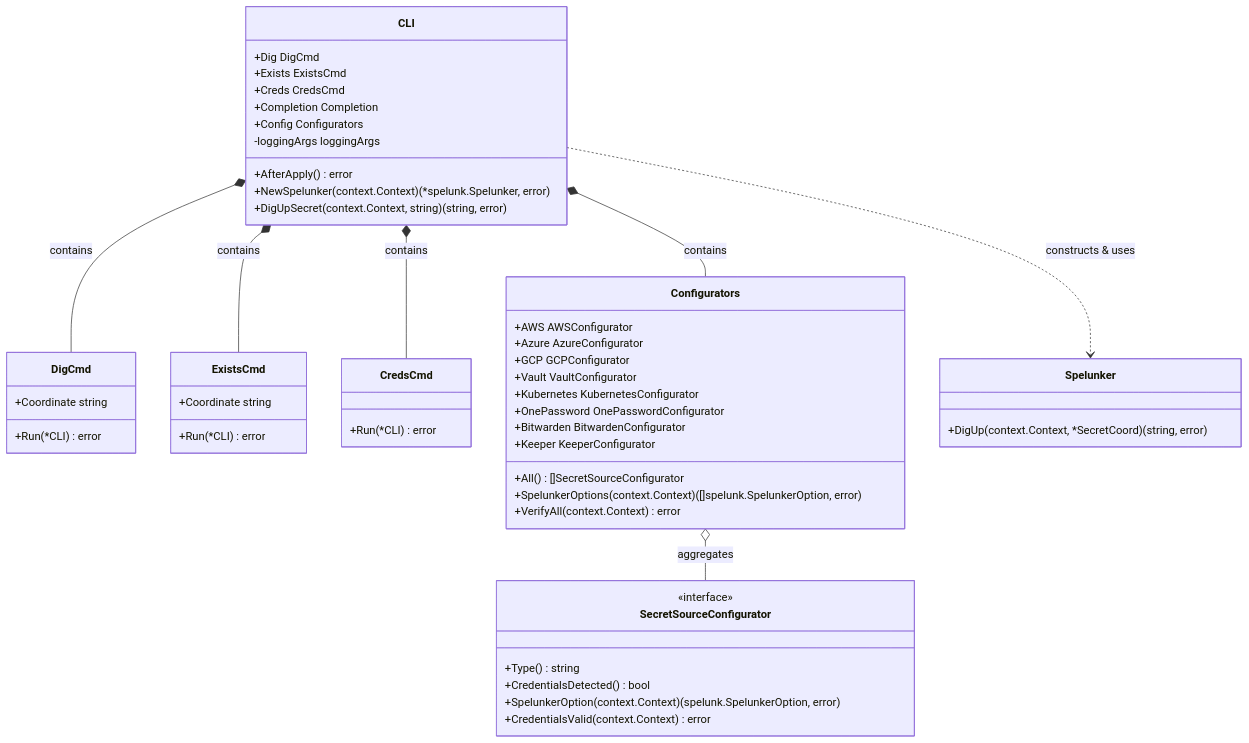
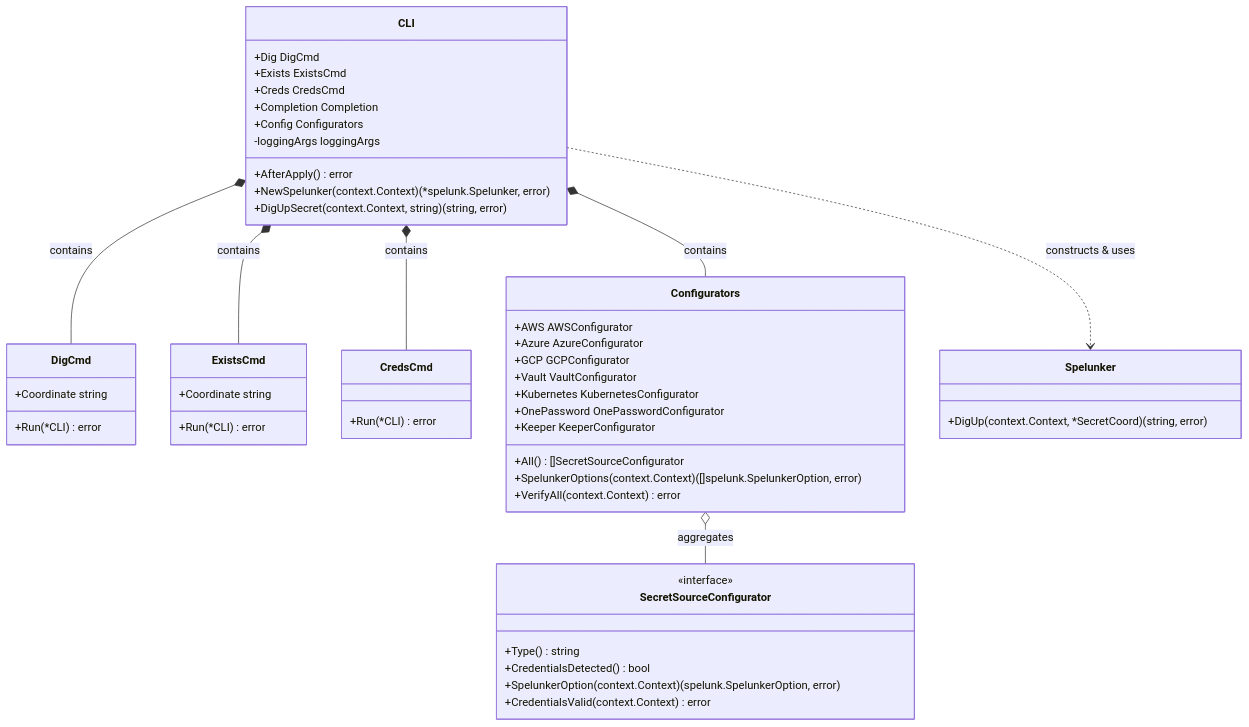
One commit to detro/spelunk changed the first of 2 diagrams in cmd/spelunk/ARCHITECTURE.md. Above: the diagram before and after it, drawn with Mermaid. The commit also changed 12 other files, not shown here.

````diff
--- a/cmd/spelunk/ARCHITECTURE.md
+++ b/cmd/spelunk/ARCHITECTURE.md
@@ -21,61 +21,60 @@
 ```mermaid
 classDiagram
     class CLI {
         +Dig DigCmd
         +Exists ExistsCmd
         +Creds CredsCmd
         +Completion Completion
         +Config Configurators
         -loggingArgs loggingArgs
         +AfterApply() error
         +NewSpelunker(context.Context) (*spelunk.Spelunker, error)
         +DigUpSecret(context.Context, string) (string, error)
     }
 
     class DigCmd {
         +Coordinate string
         +Run(*CLI) error
     }
 
     class ExistsCmd {
         +Coordinate string
         +Run(*CLI) error
     }
 
     class CredsCmd {
         +Run(*CLI) error
     }
 
     class Configurators {
         +AWS AWSConfigurator
         +Azure AzureConfigurator
         +GCP GCPConfigurator
         +Vault VaultConfigurator
         +Kubernetes KubernetesConfigurator
         +OnePassword OnePasswordConfigurator
-        +Bitwarden BitwardenConfigurator
         +Keeper KeeperConfigurator
         +All() []SecretSourceConfigurator
         +SpelunkerOptions(context.Context) ([]spelunk.SpelunkerOption, error)
         +VerifyAll(context.Context) error
     }
 
     class SecretSourceConfigurator {
         <<interface>>
         +Type() string
         +CredentialsDetected() bool
         +SpelunkerOption(context.Context) (spelunk.SpelunkerOption, error)
         +CredentialsValid(context.Context) error
     }
 
     class Spelunker {
         +DigUp(context.Context, *SecretCoord) (string, error)
     }
 
     CLI *-- DigCmd : contains
     CLI *-- ExistsCmd : contains
     CLI *-- CredsCmd : contains
     CLI *-- Configurators : contains
     Configurators o-- SecretSourceConfigurator : aggregates
     CLI ..> Spelunker : constructs & uses
 ```
````
